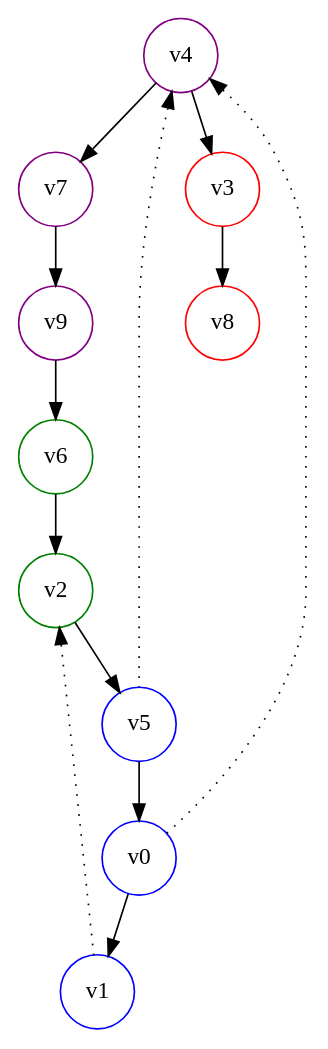
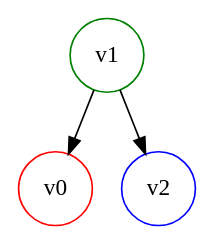
One commit to Zac-McDonald/IntelligentSystems-DCOP-Solver changed the diagram in DFSTreeGraph.dot. Above: the diagram before and after it, drawn with Graphviz. The commit also changed 4 other files, not shown here.

```diff
--- a/DFSTreeGraph.dot
+++ b/DFSTreeGraph.dot
@@ -1,33 +1,16 @@
 digraph tree
 {
 	fontsize = 12
 	rankdir = TB
 
 	graph [  ];
 	node [ shape = circle ];
 	edge [ arrowhead = normal ];
 
-	v6 [ color = green]
-	v7 [ color = purple]
-	v8 [ color = red]
-	v9 [ color = purple]
-	v0 [ color = blue]
-	v1 [ color = blue]
-	v2 [ color = green]
-	v3 [ color = red]
-	v4 [ color = purple]
-	v5 [ color = blue]
+	v0 [ color = red]
+	v1 [ color = green]
+	v2 [ color = blue]
 
-	v2 -> v5 [ ]
-	v0 -> v1 [ ]
-	v6 -> v2 [ ]
-	v4 -> v7 [ ]
-	v9 -> v6 [ ]
-	v3 -> v8 [ ]
-	v5 -> v0 [ ]
-	v7 -> v9 [ ]
-	v4 -> v0 [ style = dotted, arrowhead = none, dir=back]
-	v2 -> v1 [ style = dotted, arrowhead = none, dir=back]
-	v4 -> v3 [ ]
-	v4 -> v5 [ style = dotted, arrowhead = none, dir=back]
+	v1 -> v0 [ ]
+	v1 -> v2 [ ]
 }
```
